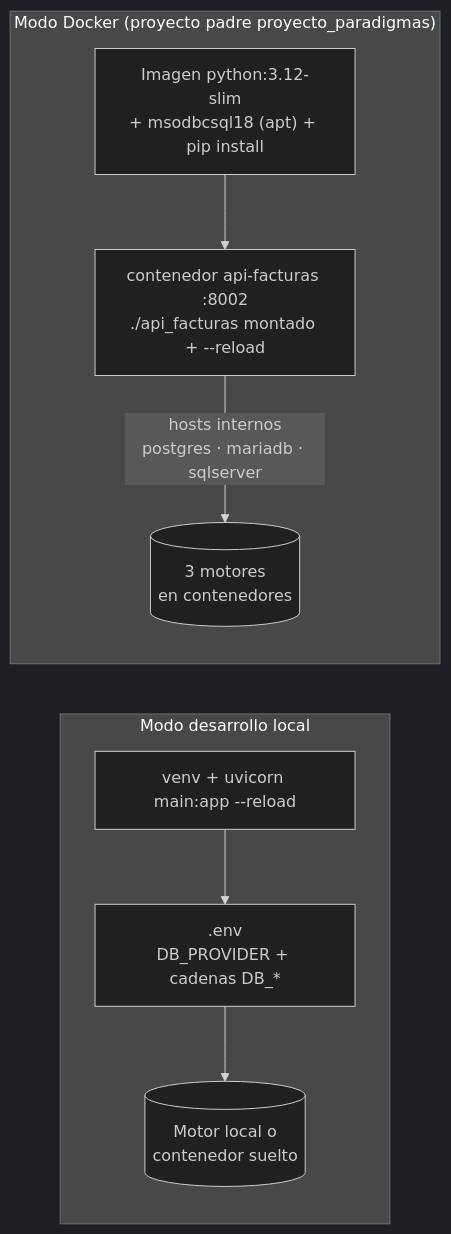
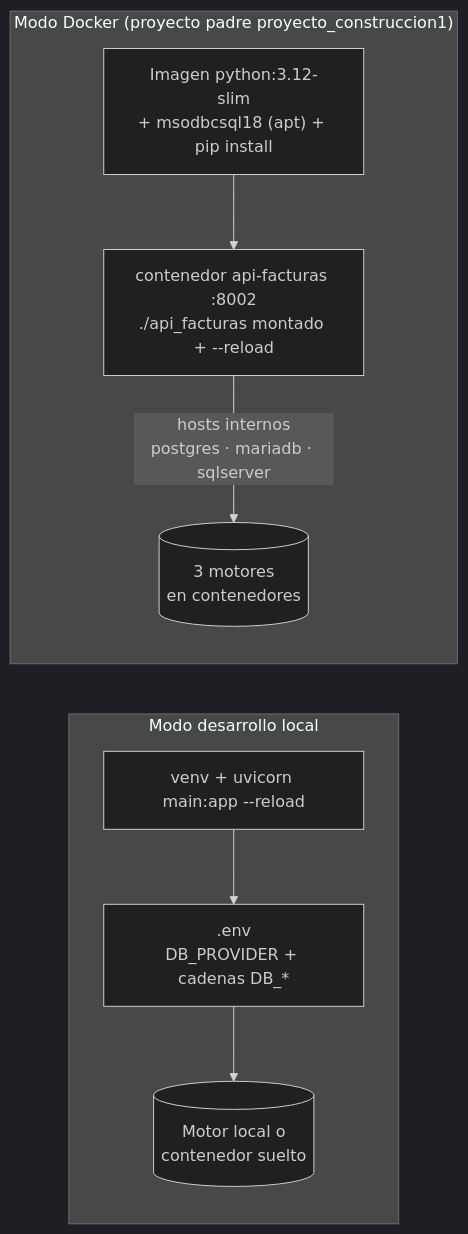
Before and after one commit to ccastro2050/proyecto_construccion1: the eighth of 8 diagrams in api_facturas/README.md, drawn with Mermaid (dark theme). The commit also changed 24 other files, not shown here.

Commit message:
Adaptación al curso Construcción de Software 1: nombre del proyecto, URLs de clonado y encuadre para estudiantes que ya cursaron paradigmas y diseño

````diff
--- a/api_facturas/README.md
+++ b/api_facturas/README.md
@@ -848,14 +848,14 @@
 ```mermaid
 flowchart LR
     subgraph DEV["Modo desarrollo local"]
         VENV["venv + uvicorn main:app --reload"] --> ENVF[".env<br/>DB_PROVIDER + cadenas DB_*"]
         ENVF --> LOCALBD[("Motor local o<br/>contenedor suelto")]
     end
 
-    subgraph DOCKER["Modo Docker (proyecto padre proyecto_paradigmas)"]
+    subgraph DOCKER["Modo Docker (proyecto padre proyecto_construccion1)"]
         IMG["Imagen python:3.12-slim<br/>+ msodbcsql18 (apt) + pip install"]
         CONT["contenedor api-facturas :8002<br/>./api_facturas montado + --reload"]
         IMG --> CONT
         CONT -->|"hosts internos<br/>postgres · mariadb · sqlserver"| BDS[("3 motores<br/>en contenedores")]
     end
 ```
````
